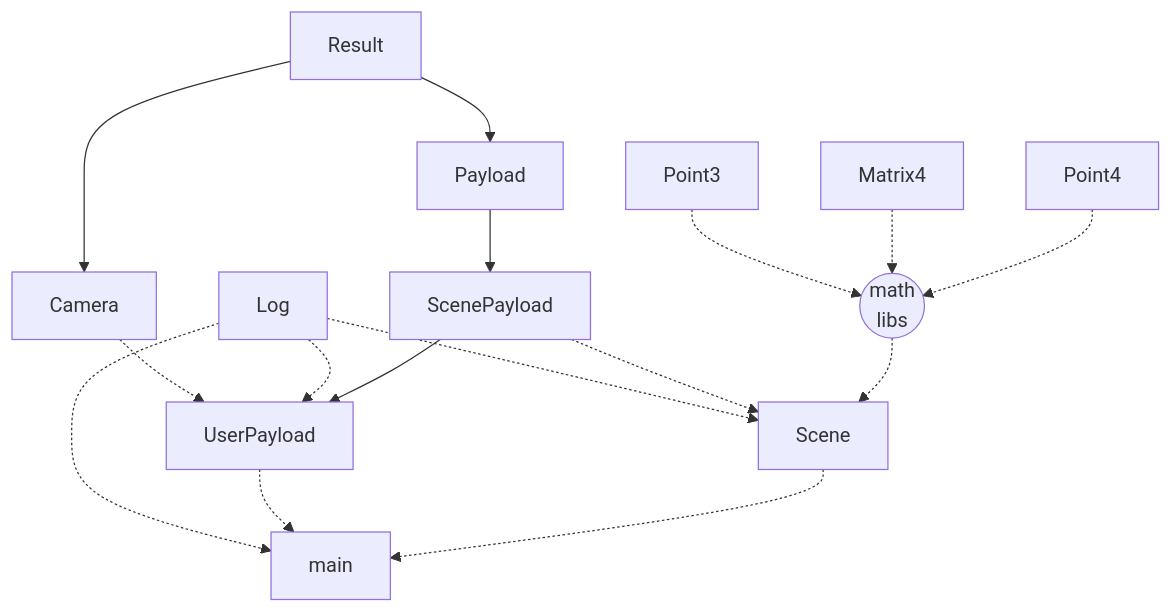
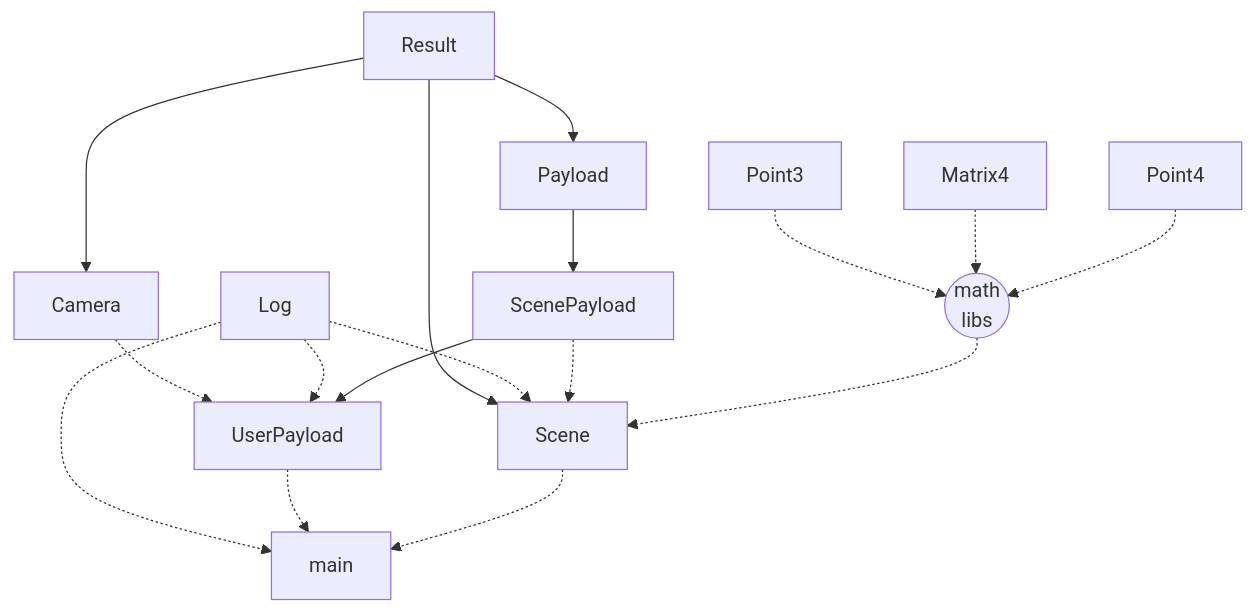
The diagram in README.md (johnthesmith/shoggoth), drawn with Mermaid before and after one commit.

````diff
--- a/README.md
+++ b/README.md
@@ -18,33 +18,34 @@
 ```mermaid
 flowchart
 
 ScenePayload
 Log
 Camera
 
 math((math<br>libs))
 
 Result --> Camera
+Result --> Scene
 Result --> Payload
 
 Payload --> ScenePayload
 Camera -.-> UserPayload
 Log -.-> UserPayload
 
 ScenePayload -->  UserPayload 
 Log -.-> Scene
 ScenePayload-.-> Scene
 
 Log -.-> main
 
 
 UserPayload -.-> main
 Scene -.-> main
 
 
 Point3 -.-> math
 Matrix4 -.-> math
 Point4 -.-> math
 
 math -.-> Scene
 ```
````
